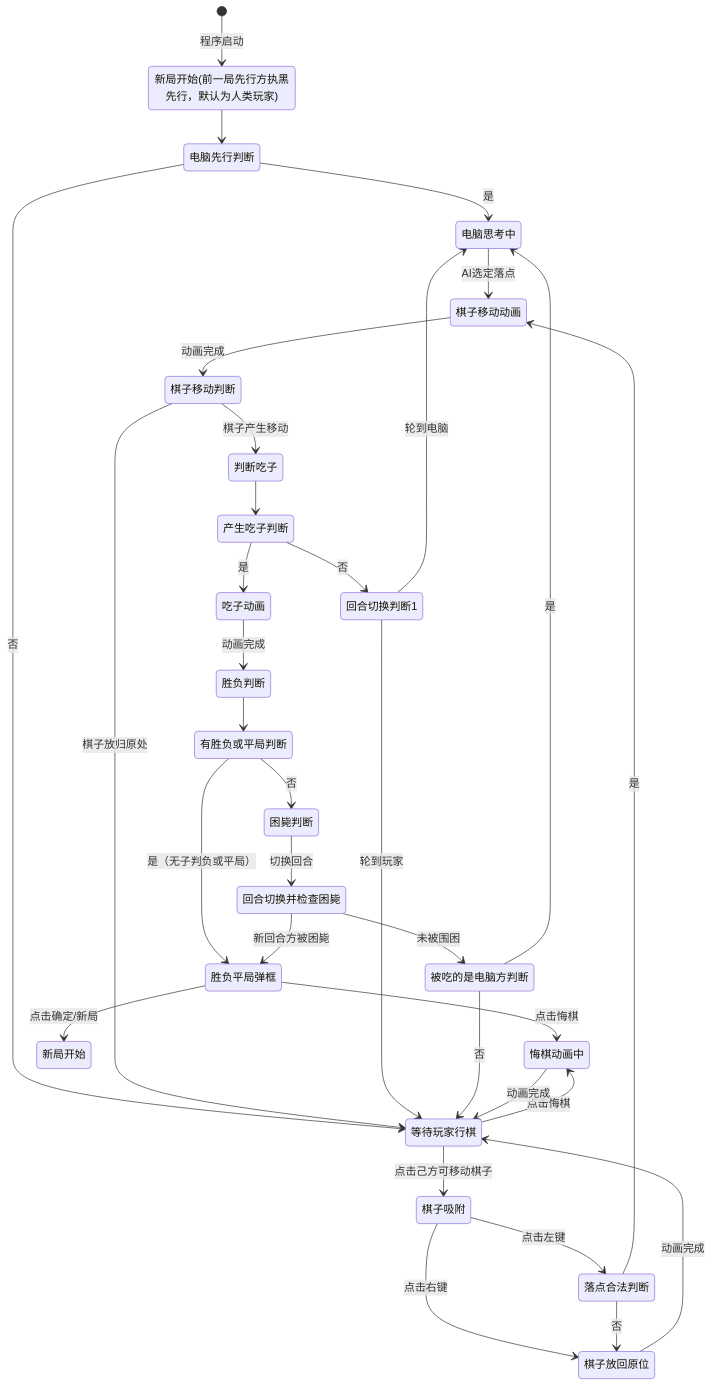
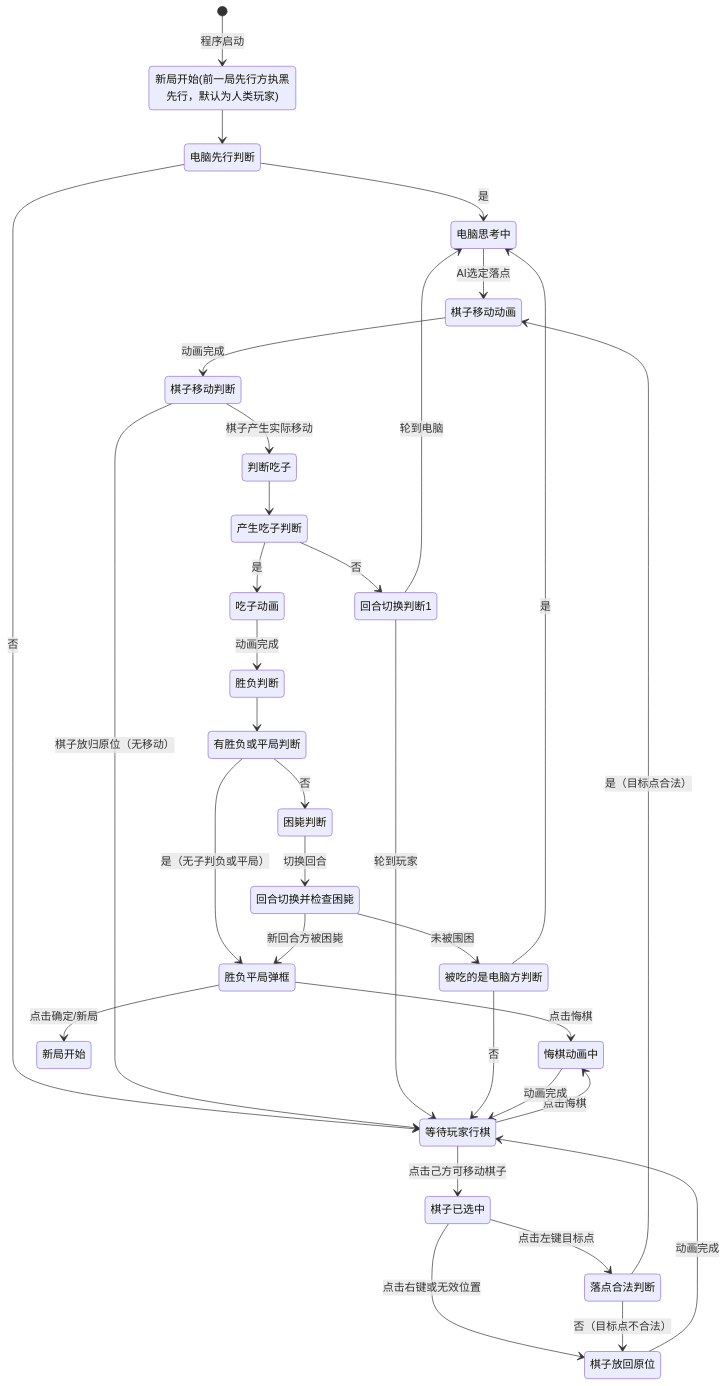
The diagram in doc/states.md (yin-hai-bo/Six-Rush), drawn with Mermaid before and after one commit. The commit also changed other lines of this file and 3 other files, not shown here.

````diff
--- a/doc/states.md
+++ b/doc/states.md
@@ -5,55 +5,55 @@
 ```mermaid
 stateDiagram-v2
     [*] --> 新局开始(前一局先行方执黑先行，默认为人类玩家): 程序启动
 
     新局开始(前一局先行方执黑先行，默认为人类玩家) --> 电脑先行判断
 
     电脑先行判断 --> 电脑思考中: 是
     电脑先行判断 --> 等待玩家行棋: 否
 
     电脑思考中 --> 棋子移动动画: AI选定落点
 
-    等待玩家行棋 --> 棋子吸附: 点击己方可移动棋子
+    等待玩家行棋 --> 棋子已选中: 点击己方可移动棋子
     等待玩家行棋 --> 悔棋动画中: 点击悔棋
 
-    棋子吸附 --> 落点合法判断: 点击左键
-    棋子吸附 --> 棋子放回原位: 点击右键
+    棋子已选中 --> 落点合法判断: 点击左键目标点
+    棋子已选中 --> 棋子放回原位: 点击右键或无效位置
 
-    落点合法判断 --> 棋子移动动画: 是
-    落点合法判断 --> 棋子放回原位: 否
+    落点合法判断 --> 棋子移动动画: 是（目标点合法）
+    落点合法判断 --> 棋子放回原位: 否（目标点不合法）
 
     棋子放回原位 --> 等待玩家行棋: 动画完成
 
     棋子移动动画 --> 棋子移动判断: 动画完成
 
-    棋子移动判断 --> 判断吃子: 棋子产生移动
-    棋子移动判断 --> 等待玩家行棋: 棋子放归原处
+    棋子移动判断 --> 判断吃子: 棋子产生实际移动
+    棋子移动判断 --> 等待玩家行棋: 棋子放归原位（无移动）
 
     判断吃子 --> 产生吃子判断
 
     产生吃子判断 --> 吃子动画: 是
     产生吃子判断 --> 回合切换判断1: 否
 
     吃子动画 --> 胜负判断: 动画完成
 
     胜负判断 --> 有胜负或平局判断
 
     有胜负或平局判断 --> 胜负平局弹框: 是（无子判负或平局）
     有胜负或平局判断 --> 困毙判断: 否
 
     困毙判断 --> 回合切换并检查困毙: 切换回合
 
     回合切换并检查困毙 --> 胜负平局弹框: 新回合方被困毙
     回合切换并检查困毙 --> 被吃的是电脑方判断: 未被围困
 
     胜负平局弹框 --> 悔棋动画中: 点击悔棋
     胜负平局弹框 --> 新局开始: 点击确定/新局
 
     回合切换判断1 --> 电脑思考中: 轮到电脑
     回合切换判断1 --> 等待玩家行棋: 轮到玩家
 
     被吃的是电脑方判断 --> 电脑思考中: 是
     被吃的是电脑方判断 --> 等待玩家行棋: 否
 
     悔棋动画中 --> 等待玩家行棋: 动画完成
 ```
````
